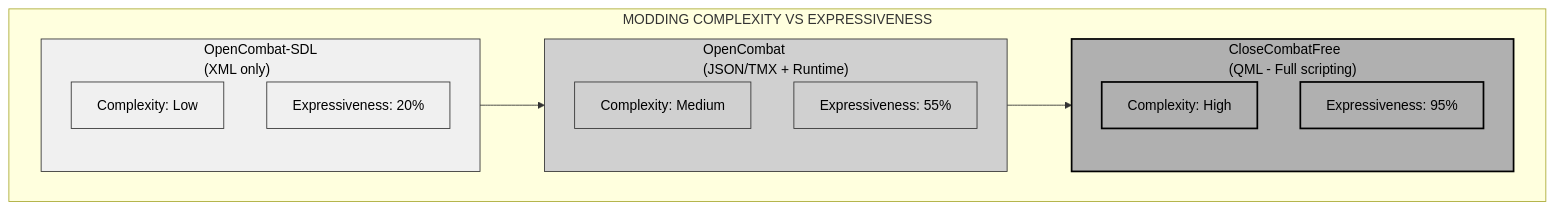
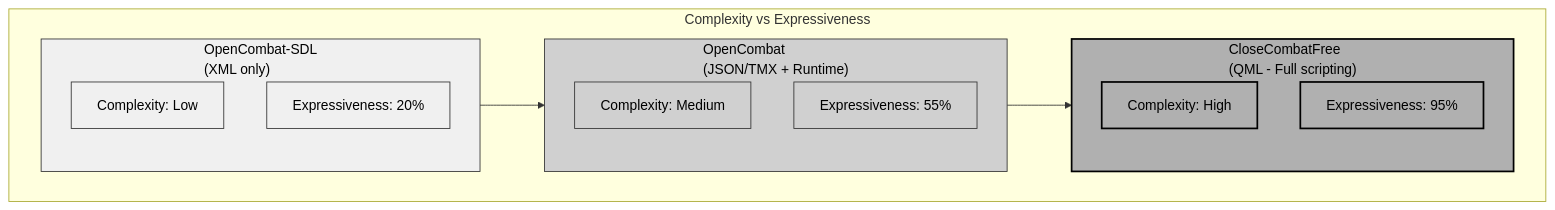
One commit to jukofyork/close-combat-architecture-study changed the seventh of 10 diagrams in chapter_07_moddability.md. Above: the diagram before and after it, drawn with Mermaid. The commit also changed 5 other files, not shown here.

````diff
--- a/chapter_07_moddability.md
+++ b/chapter_07_moddability.md
@@ -1009,32 +1009,32 @@
 ```mermaid
 flowchart LR
-    subgraph COMP["MODDING COMPLEXITY VS EXPRESSIVENESS"]
+    subgraph COMP["Complexity vs Expressiveness"]
         direction LR
         
         subgraph SDL["OpenCombat-SDL<br/>(XML only)"]
             SDL1["Complexity: Low"]
             SDL2["Expressiveness: 20%"]
         end
         
         subgraph OC["OpenCombat<br/>(JSON/TMX + Runtime)"]
             OC1["Complexity: Medium"]
             OC2["Expressiveness: 55%"]
         end
         
         subgraph CCF["CloseCombatFree<br/>(QML - Full scripting)"]
             CCF1["Complexity: High"]
             CCF2["Expressiveness: 95%"]
         end
         
         SDL --> OC --> CCF
     end
     
     classDef default fill:#fff,stroke:#000,stroke-width:1px,color:#000
     classDef light fill:#f0f0f0,stroke:#333,stroke-width:1px,color:#000
     classDef medium fill:#d0d0d0,stroke:#333,stroke-width:1px,color:#000
     classDef dark fill:#b0b0b0,stroke:#000,stroke-width:2px,color:#000
     
     class SDL,SDL1,SDL2 light
     class OC,OC1,OC2 medium
     class CCF,CCF1,CCF2 dark
 ```
````
